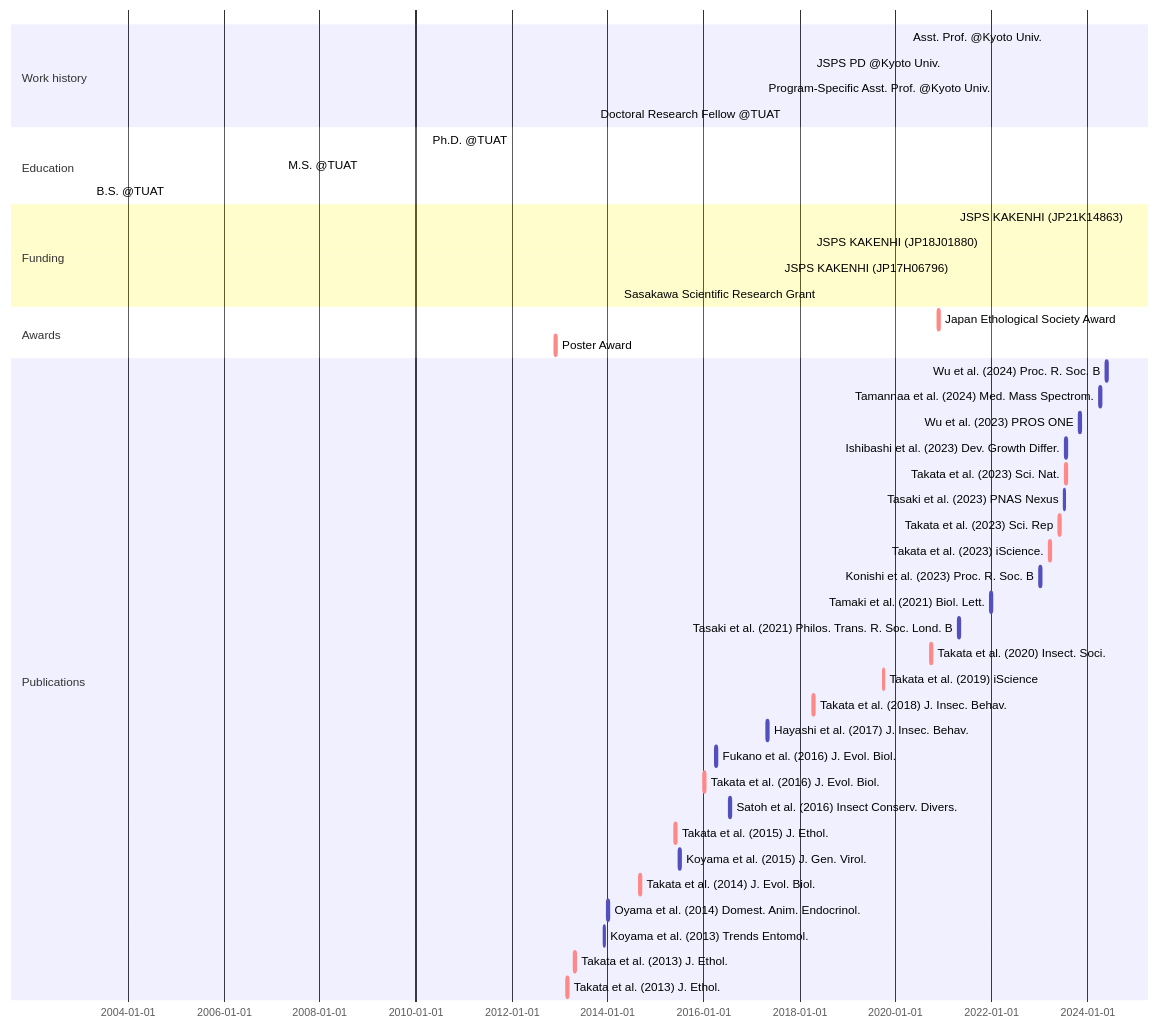
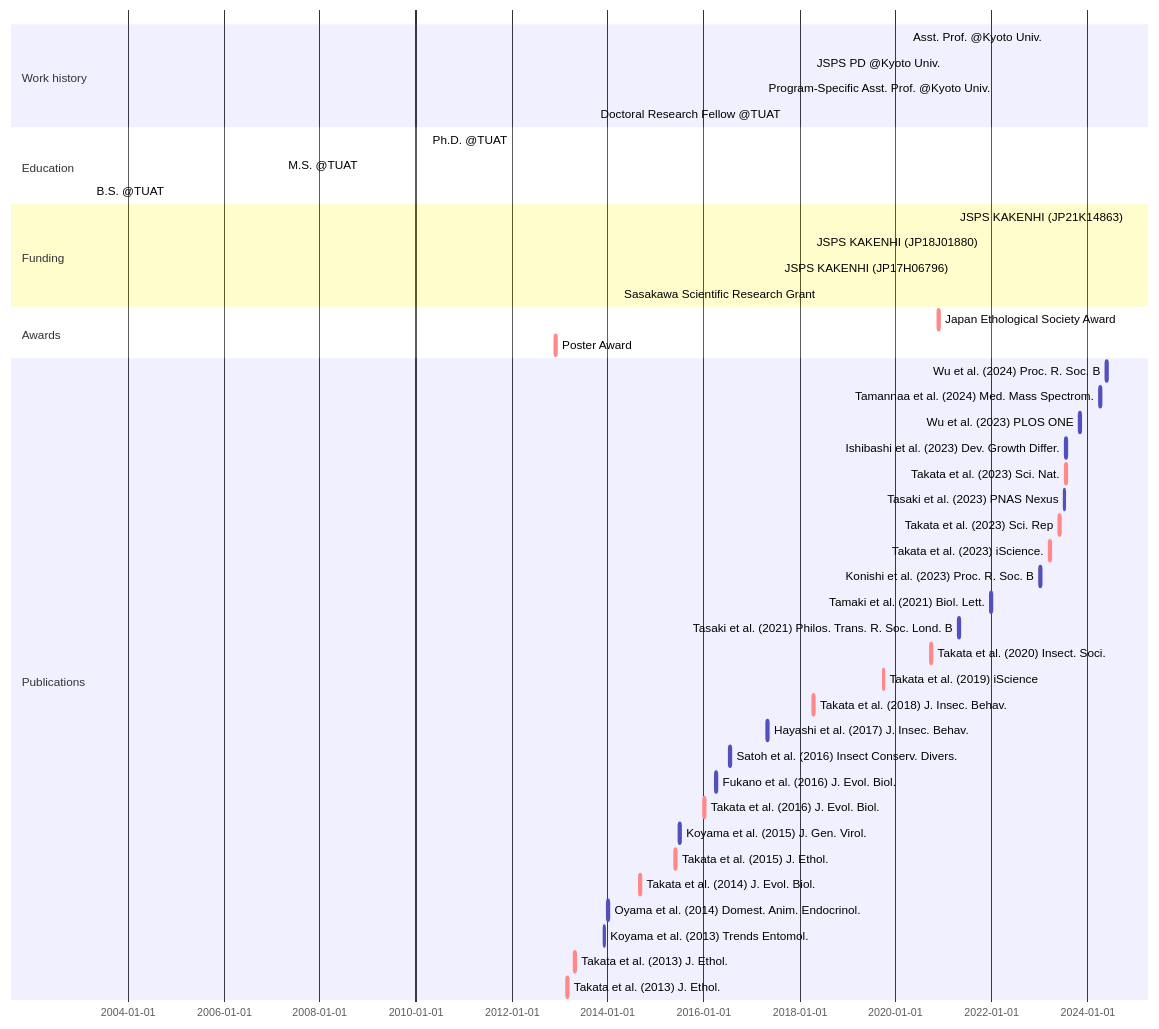
The diagram in _includes/mermaid-cv.md (MamoruTakata/MamoruTakata.github.io), drawn with Mermaid before and after one commit.

````diff
--- a/_includes/mermaid-cv.md
+++ b/_includes/mermaid-cv.md
@@ -1,50 +1,50 @@
 ```mermaid
 gantt
 section Work history
   Asst. Prof. @Kyoto Univ.                      : active, Asst. Prof., 2020-04-01, 2026-03-31
   JSPS PD @Kyoto Univ.                          : active, PD, 2018-04-01, 2020-03-31
   Program-Specific Asst. Prof. @Kyoto Univ.     : active, Program-Specific Asst. Prof., 2017-04-01, 2018-03-31
   Doctoral Research Fellow @TUAT                : active, Program-Specific Asst. Prof., 2013-10-01, 2017-03-31
 
 section Education
   Ph.D. @TUAT    : Ph.D., 2010-04-01, 2013-09-18
   M.S. @TUAT     : M.S., 2007-04-01, 2010-03-31
   B.S. @TUAT     : B.S., 2003-04-01, 2007-03-31
 
 section Funding
   JSPS KAKENHI (JP21K14863)                     : active, grant_young, 2021-04-01, 2026-03-31
   JSPS KAKENHI (JP18J01880)                     : active, grant_PD, 2018-04-01, 2021-03-31
   JSPS KAKENHI (JP17H06796)                     : active, grant_start, 2017-08-01, 2018-03-31
   Sasakawa Scientific Research Grant            : active, grant_Sasagawa, 2014-04-01, 2015-03-31
 
 section Awards
   Japan Ethological Society Award               : crit, aw_2, 2020-11-21, 2w
   Poster Award                                  : crit, aw_1, 2012-11-24, 2w
 
 section Publications
   Wu et al. (2024) Proc. R. Soc. B              :       Wu et al. 2024, 2024-05-22, 2w
   Tamannaa et al. (2024) Med. Mass Spectrom.    :       Tamannaa et al. 2024, 2024-04-01, 2w
-  Wu et al. (2023) PROS ONE                     :       Wu et al. 2023, 2023-11-02, 2w
+  Wu et al. (2023) PLOS ONE                     :       Wu et al. 2023, 2023-11-02, 2w
   Ishibashi et al. (2023) Dev. Growth Differ.   :       Ishibashi et al. 2023, 2023-07-18, 2w
   Takata et al. (2023) Sci. Nat.                : crit, Takata et al. 2023c, 2023-07-17, 2w
   Tasaki et al. (2023) PNAS Nexus               :       Tasaki et al. 2023, 2023-07-04, 2w
   Takata et al. (2023) Sci. Rep                 : crit, Takata et al. 2023b, 2023-05-31, 2w
   Takata et al. (2023) iScience.                : crit, Takata et al. 2023a, 2023-03-17, 2w
   Konishi et al. (2023) Proc. R. Soc. B         :       Konishi et al. 2023, 2023-01-04, 2w
   Tamaki et al. (2021) Biol. Lett.              :       Tamaki et al. 2021, 2021-12-22, 2w
   Tasaki et al. (2021) Philos. Trans. R. Soc. Lond. B : Tasaki et al. 2021, 2021-04-26, 2w
   Takata et al. (2020) Insect. Soci.            : crit, Takata et al. 2020, 2020-09-22, 2w
   Takata et al. (2019) iScience                 : crit, Takata et al. 2019, 2019-09-27, 2w
   Takata et al. (2018) J. Insec. Behav.         : crit, Takata et al. 2018, 2018-04-14, 2w
   Hayashi et al. (2017) J. Insec. Behav.        :       Hayashi et al. 2017, 2017-04-29, 2w
+  Satoh et al. (2016) Insect Conserv. Divers.   :       Satoh et al. 2016, 2016-07-16, 2w
   Fukano et al. (2016) J. Evol. Biol.           :       Fukano et al. 2016, 2016-04-01, 2w
   Takata et al. (2016) J. Evol. Biol.           : crit, Takata et al. 2016, 2016-01-01, 2w
-  Satoh et al. (2016) Insect Conserv. Divers.   :       Satoh et al. 2016, 2016-07-16, 2w
+  Koyama et al. (2015) J. Gen. Virol.           :       Koyama et al. 2015, 2015-07-01, 2w
   Takata et al. (2015) J. Ethol.                : crit, Takata et al. 2015, 2015-05-28, 2w
-  Koyama et al. (2015) J. Gen. Virol.           :       Koyama et al. 2015, 2015-07-01, 2w
   Takata et al. (2014) J. Evol. Biol.           : crit, Takata et al. 2014, 2014-09-01, 2w
   Oyama et al. (2014) Domest. Anim. Endocrinol. :       Oyama et al. 2014, 2014-01-01, 2w
   Koyama et al. (2013) Trends Entomol.          :       Koyama et al. 2013, 2013-12-01, 2w
   Takata et al. (2013) J. Ethol.                : crit, Takata et al. 2015b, 2013-04-21, 2w
   Takata et al. (2013) J. Ethol.                : crit, Takata et al. 2015a, 2013-02-23, 2w
 ```
````
